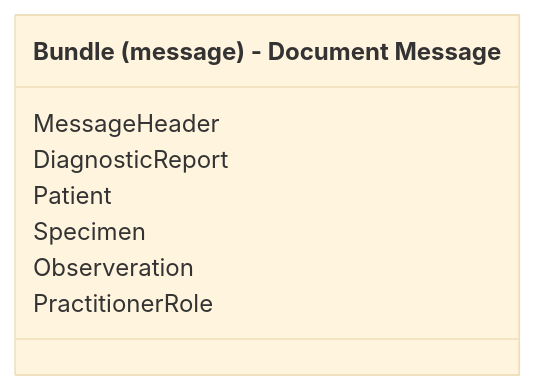
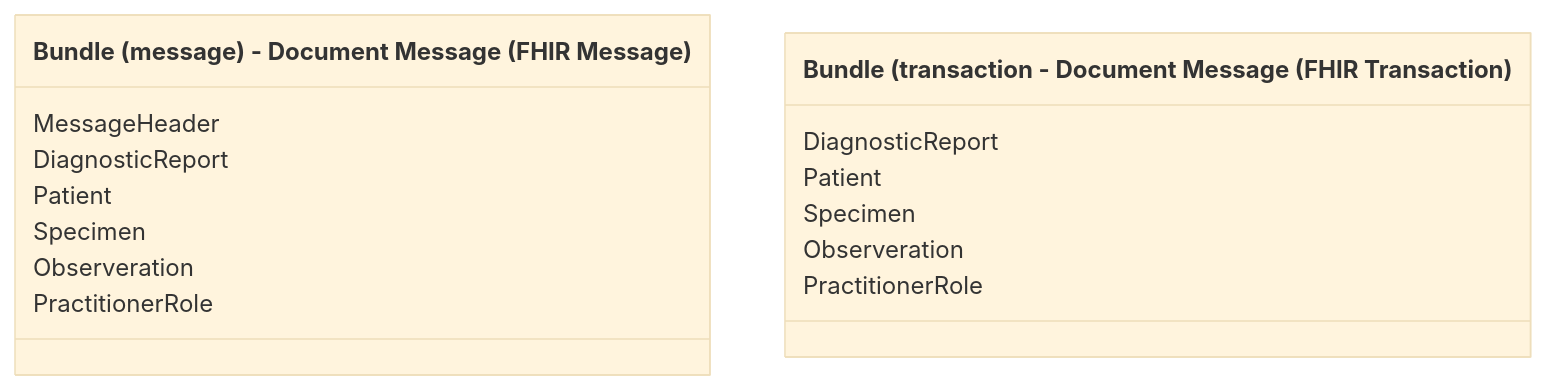
Before and after one commit to nw-gmsa/nw-gmsa.github.com: the third of 13 diagrams in input/pagecontent/exchange.md, drawn with Mermaid (base theme). The commit also changed other lines of this file, not shown here.

Commit message:
mermaid typo

````diff
--- a/input/pagecontent/exchange.md
+++ b/input/pagecontent/exchange.md
@@ -76,11 +76,19 @@
 ```mermaid
 classDiagram
-    class Bundle["Bundle (message) - Document Message" ] {
+    class Bundle["Bundle (message) - Document Message (FHIR Message)" ] {
         MessageHeader 
         DiagnosticReport 
         Patient 
         Specimen 
         Observeration 
         PractitionerRole
     }
+
+      class Bundle2["Bundle (transaction - Document Message (FHIR Transaction)" ] {
+        DiagnosticReport 
+        Patient 
+        Specimen 
+        Observeration 
+        PractitionerRole
+    }
 ```
````
